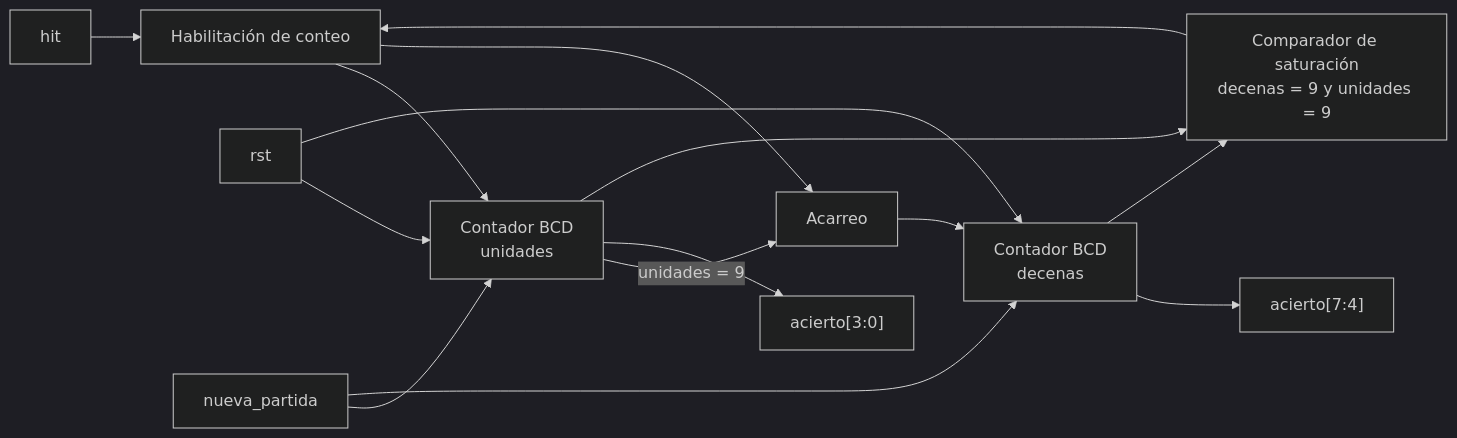
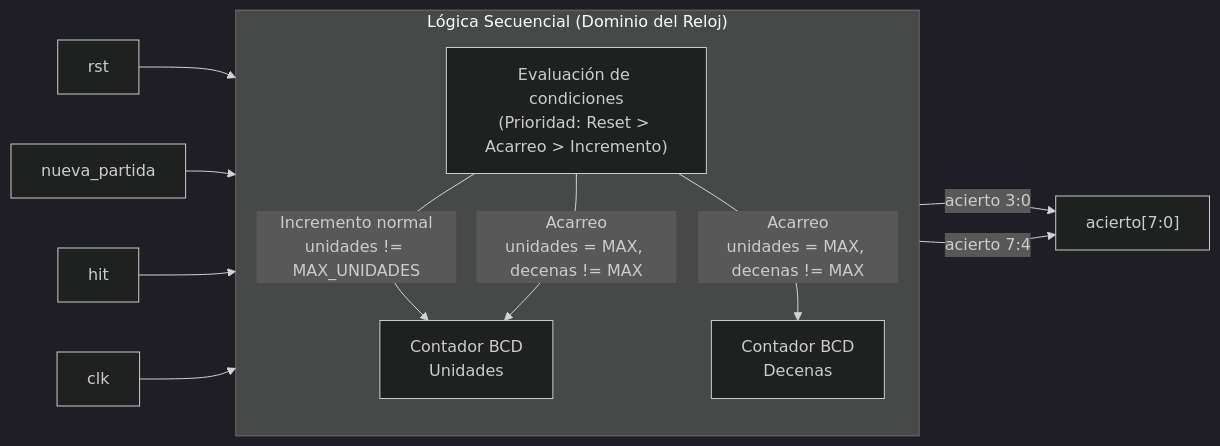
Before and after one commit to Taller-de-diseno-digital-GR01/Proyecto-1-Whack-a-mole: the diagram in docs/Diseños_Separados/fpga/m05_hit_counter.md, drawn with Mermaid (dark theme). The commit also changed other lines of this file and 5 other files, not shown here.

````diff
--- a/docs/Diseños_Separados/fpga/m05_hit_counter.md
+++ b/docs/Diseños_Separados/fpga/m05_hit_counter.md
@@ -23,17 +25,31 @@
 ```mermaid
 flowchart LR
-    hit[hit] --> E
-    S["Comparador de saturación<br/>decenas = 9 y unidades = 9"] --> E
-    E["Habilitación de conteo"] --> U
-    U["Contador BCD<br/>unidades"] -->|unidades = 9| CY["Acarreo"]
-    E --> CY
-    CY --> D["Contador BCD<br/>decenas"]
-    rst[rst] --> U
-    rst --> D
-    np[nueva_partida] --> U
-    np --> D
-    U --> ou["acierto[3:0]"]
-    D --> od["acierto[7:4]"]
-    U --> S
-    D --> S
+    %% Entradas
+    clk[clk]
+    rst[rst]
+    np[nueva_partida]
+    hit[hit]
+
+    subgraph Control_y_Conteo ["Lógica Secuencial (Dominio del Reloj)"]
+        direction TB
+        E["Evaluación de condiciones<br/>(Prioridad: Reset > Acarreo > Incremento)"]
+        U["Contador BCD<br/>Unidades"]
+        D["Contador BCD<br/>Decenas"]
+        
+        E -->|Incremento normal<br/>unidades != MAX_UNIDADES| U
+        E -->|Acarreo<br/>unidades = MAX, decenas != MAX| U & D
+    end
+
+    %% Salidas
+    out_acierto["acierto[7:0]"]
+
+    %% Conexiones de Entrada
+    clk --> Control_y_Conteo
+    rst --> E
+    np --> E
+    hit --> E
+    
+    %% Conexiones Internas a Salidas
+    U -->|acierto 3:0| out_acierto
+    D -->|acierto 7:4| out_acierto
 ```
````
